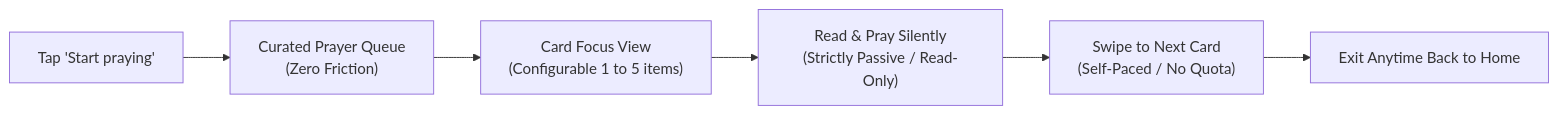
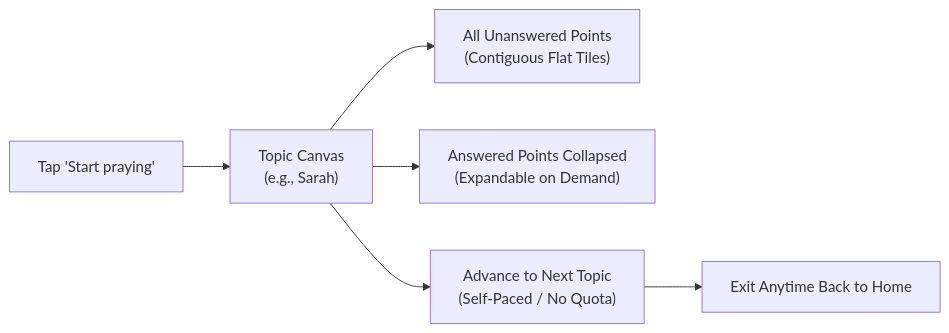
Before and after one commit to iamenianc/Prayer: the second of 3 diagrams in UX.md, drawn with Mermaid. The commit also changed other lines of this file and 3 other files, not shown here.

Commit message:
Specification: Replace batches with Topic-centric contemplation and expandable answered prayers

````diff
--- a/UX.md
+++ b/UX.md
@@ -86,8 +86,8 @@
 ```mermaid
 graph LR
-    Launch["Tap 'Start praying'"] --> Queue["Curated Prayer Queue<br/>(Zero Friction)"]
-    Queue --> ViewCard["Card Focus View<br/>(Configurable 1 to 5 items)"]
-    ViewCard --> PrayQuietly["Read & Pray Silently<br/>(Strictly Passive / Read-Only)"]
-    PrayQuietly --> Next["Swipe to Next Card<br/>(Self-Paced / No Quota)"]
-    Next --> Exit["Exit Anytime Back to Home"]
+    Launch["Tap 'Start praying'"] --> TopicScreen["Topic Canvas<br/>(e.g., Sarah)"]
+    TopicScreen --> UnansweredPoints["All Unanswered Points<br/>(Contiguous Flat Tiles)"]
+    TopicScreen --> ExpandAnswered["Answered Points Collapsed<br/>(Expandable on Demand)"]
+    TopicScreen --> NextTopic["Advance to Next Topic<br/>(Self-Paced / No Quota)"]
+    NextTopic --> Exit["Exit Anytime Back to Home"]
 ```
````
